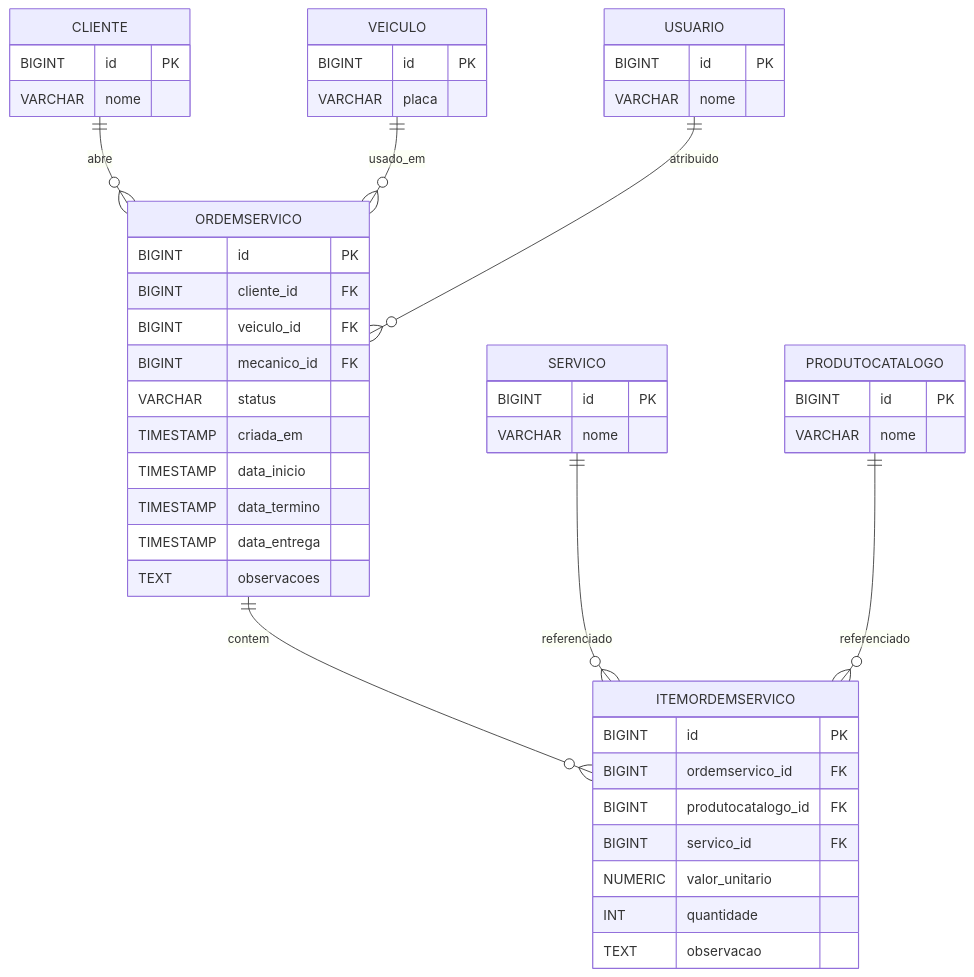
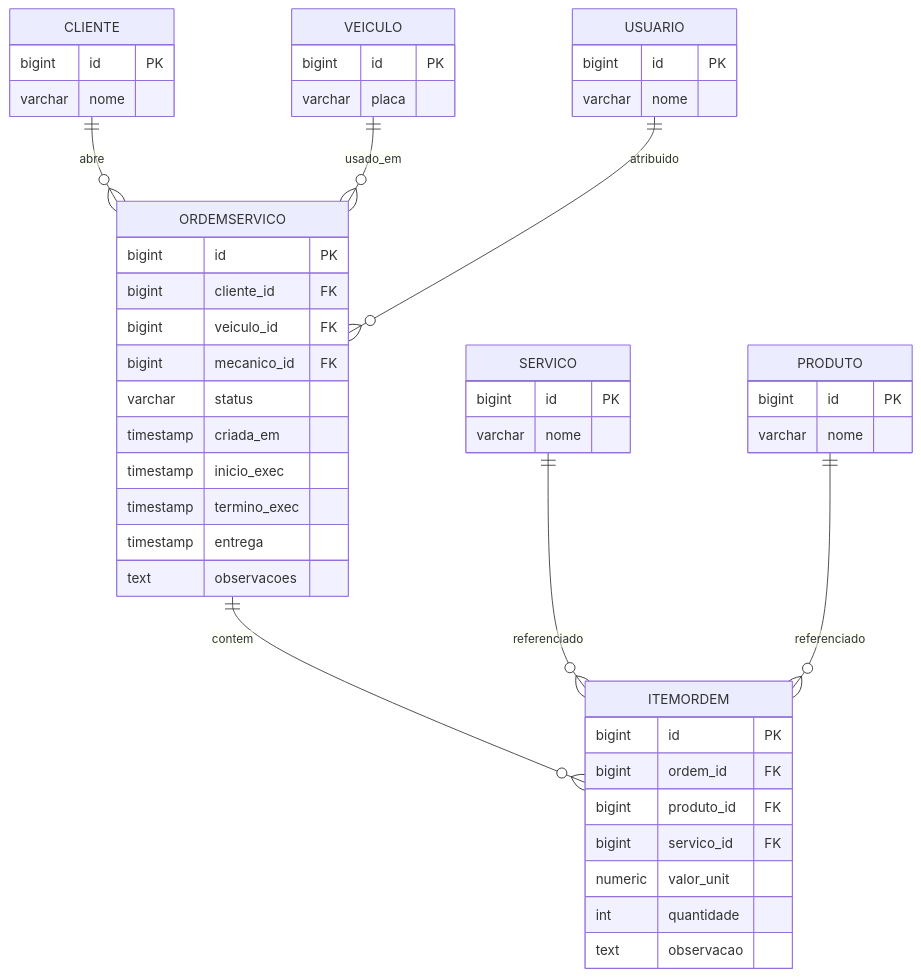
Before and after one commit to fiap-soat-grupo36/infra-database: the sixth of 8 diagrams in docs/diagramas/er-completo.md, drawn with Mermaid. The commit also changed other lines of this file, not shown here.

Commit message:
fix: diagramas ER compatíveis com GitHub

````diff
--- a/docs/diagramas/er-completo.md
+++ b/docs/diagramas/er-completo.md
@@ -323,57 +310,57 @@
 ```mermaid
 erDiagram
     CLIENTE {
-        BIGINT id PK
-        VARCHAR nome
+        bigint id PK
+        varchar nome
     }
 
     VEICULO {
-        BIGINT id PK
-        VARCHAR placa
+        bigint id PK
+        varchar placa
     }
 
     USUARIO {
-        BIGINT id PK
-        VARCHAR nome
+        bigint id PK
+        varchar nome
     }
 
     ORDEMSERVICO {
-        BIGINT id PK
-        BIGINT cliente_id FK
-        BIGINT veiculo_id FK
-        BIGINT mecanico_id FK
-        VARCHAR status
-        TIMESTAMP criada_em
-        TIMESTAMP data_inicio
-        TIMESTAMP data_termino
-        TIMESTAMP data_entrega
-        TEXT observacoes
+        bigint id PK
+        bigint cliente_id FK
+        bigint veiculo_id FK
+        bigint mecanico_id FK
+        varchar status
+        timestamp criada_em
+        timestamp inicio_exec
+        timestamp termino_exec
+        timestamp entrega
+        text observacoes
     }
 
-    ITEMORDEMSERVICO {
-        BIGINT id PK
-        BIGINT ordemservico_id FK
-        BIGINT produtocatalogo_id FK
-        BIGINT servico_id FK
-        NUMERIC valor_unitario
-        INT quantidade
-        TEXT observacao
+    ITEMORDEM {
+        bigint id PK
+        bigint ordem_id FK
+        bigint produto_id FK
+        bigint servico_id FK
+        numeric valor_unit
+        int quantidade
+        text observacao
     }
 
     SERVICO {
-        BIGINT id PK
-        VARCHAR nome
+        bigint id PK
+        varchar nome
     }
 
-    PRODUTOCATALOGO {
-        BIGINT id PK
-        VARCHAR nome
+    PRODUTO {
+        bigint id PK
+        varchar nome
     }
 
     CLIENTE ||--o{ ORDEMSERVICO : abre
     VEICULO ||--o{ ORDEMSERVICO : usado_em
     USUARIO ||--o{ ORDEMSERVICO : atribuido
-    ORDEMSERVICO ||--o{ ITEMORDEMSERVICO : contem
-    SERVICO ||--o{ ITEMORDEMSERVICO : referenciado
-    PRODUTOCATALOGO ||--o{ ITEMORDEMSERVICO : referenciado
+    ORDEMSERVICO ||--o{ ITEMORDEM : contem
+    SERVICO ||--o{ ITEMORDEM : referenciado
+    PRODUTO ||--o{ ITEMORDEM : referenciado
 ```
````
